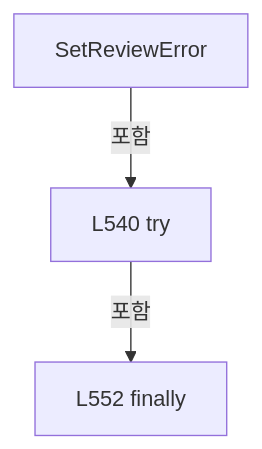
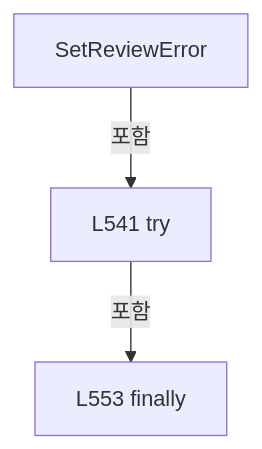
Before and after one commit to kjuws10-rgb/Shared: diagram 16 of 27 in A3 LD Code Ref/files/Drilling.Common/Product/CProductManager.cs.md, drawn with Mermaid. The commit also changed other lines of this file and 8055 other files, not shown here.

Commit message:
docs(a3): trace Stage Glass Data and refresh architecture and full code reference

````diff
--- a/A3 LD Code Ref/files/Drilling.Common/Product/CProductManager.cs.md
+++ b/A3 LD Code Ref/files/Drilling.Common/Product/CProductManager.cs.md
@@ -1902,8 +1903,8 @@
 ```mermaid
 flowchart TD
  M["SetReviewError"]
- N0["L540 try"]
+ N0["L541 try"]
  M -->|포함| N0
- N1["L552 finally"]
+ N1["L553 finally"]
  N0 -->|포함| N1
 ```
````
